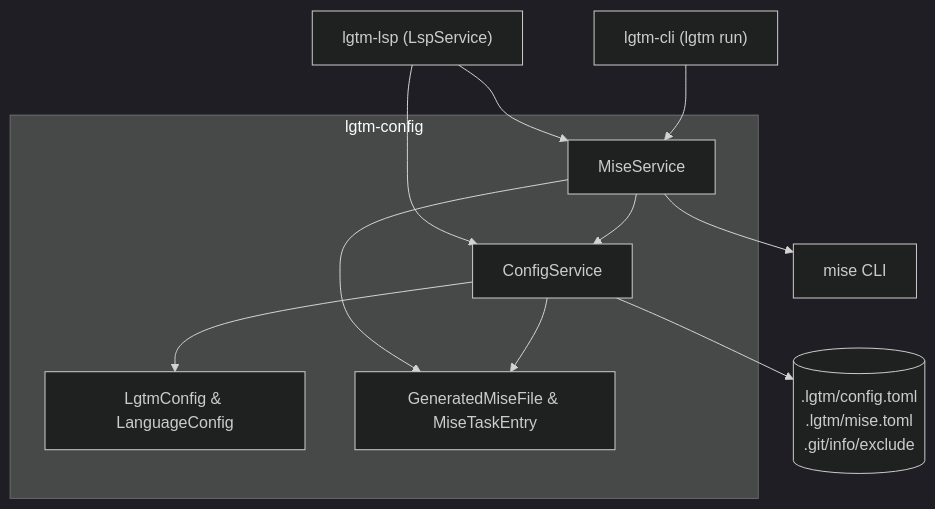
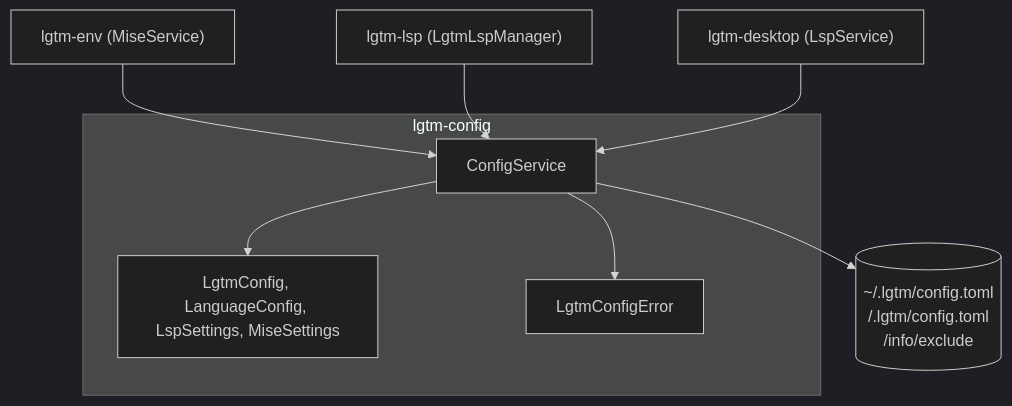
One commit to difflab-io/lgtm changed the first of 2 diagrams in docs/architecture/config/index.md. Above: the diagram before and after it, drawn with Mermaid (dark theme). The commit also changed other lines of this file and 35 other files, not shown here.

First line of the commit message:
feat(env): extract lgtm-env crate and auto-install missing mise binary

````diff
--- a/docs/architecture/config/index.md
+++ b/docs/architecture/config/index.md
@@ -47,20 +43,17 @@
 ```mermaid
 flowchart TB
-    CLI["lgtm-cli (lgtm run)"]
-    LSP["lgtm-lsp (LspService)"]
-    subgraph Library["lgtm-config"]
+    ENV["lgtm-env (MiseService)"]
+    LSP["lgtm-lsp (LgtmLspManager)"]
+    DESKTOP["lgtm-desktop (LspService)"]
+    subgraph CfgLib["lgtm-config"]
         CFG_SVC["ConfigService"]
-        MISE_SVC["MiseService"]
-        CFG_MOD["LgtmConfig & LanguageConfig"]
-        MISE_MOD["GeneratedMiseFile & MiseTaskEntry"]
-        MISE_SVC --> CFG_SVC
+        CFG_MOD["LgtmConfig, LanguageConfig, LspSettings, MiseSettings"]
+        ERR["LgtmConfigError"]
         CFG_SVC --> CFG_MOD
-        CFG_SVC --> MISE_MOD
-        MISE_SVC --> MISE_MOD
+        CFG_SVC --> ERR
     end
-    CLI --> MISE_SVC
+    ENV --> CFG_SVC
     LSP --> CFG_SVC
-    LSP --> MISE_SVC
-    CFG_SVC --> FS[(".lgtm/config.toml\n.lgtm/mise.toml\n.git/info/exclude")]
-    MISE_SVC --> MISE_BIN["mise CLI"]
+    DESKTOP --> CFG_SVC
+    CFG_SVC --> FS[("~/.lgtm/config.toml\n<workspace>/.lgtm/config.toml\n<git-dir>/info/exclude")]
 ```
````
